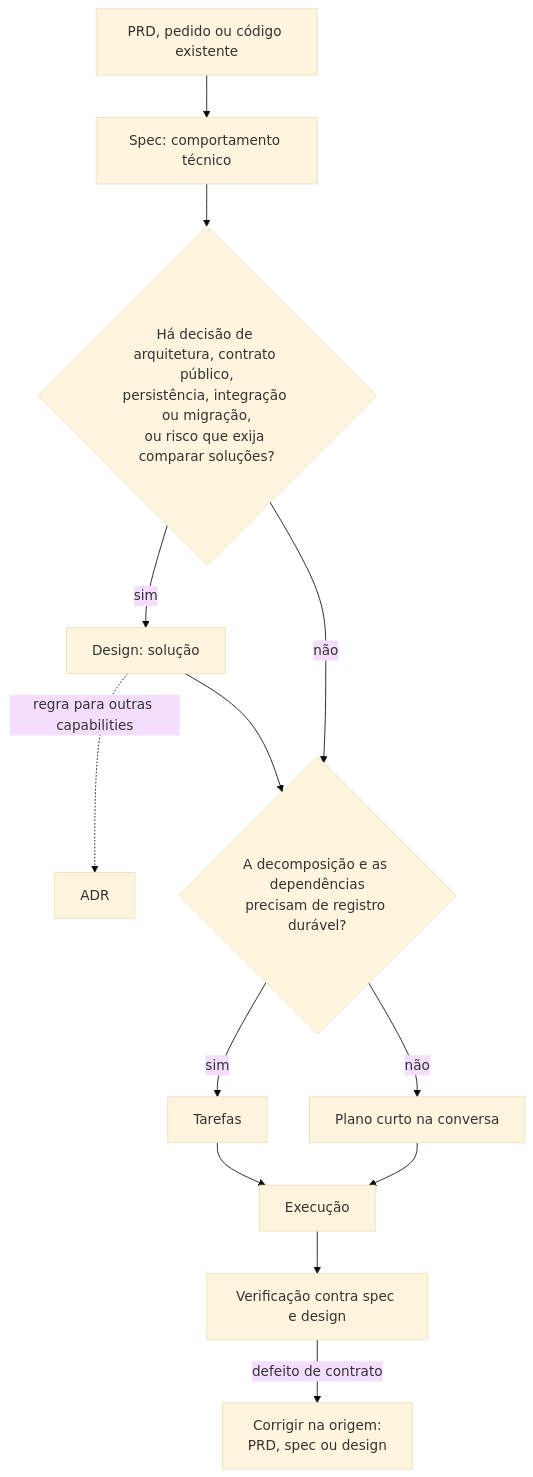
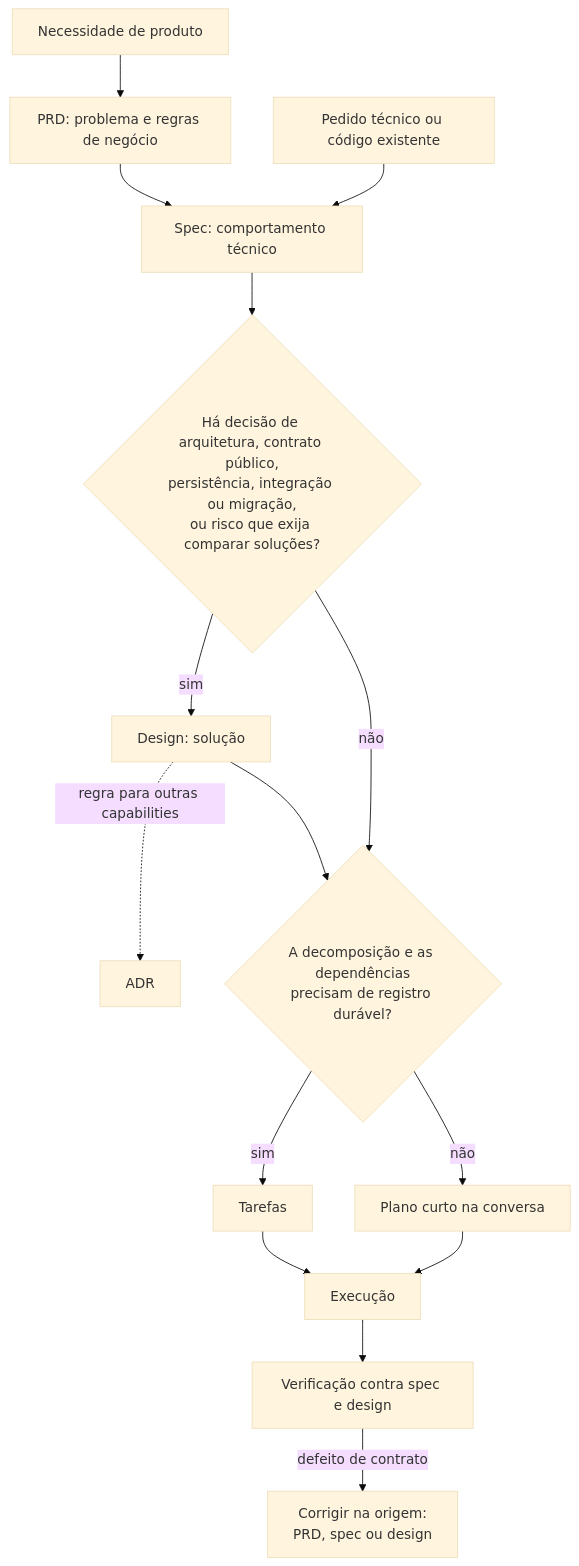
One commit to guilhermesalvi/ai-skills changed the diagram in plugins/ai-skills/skills/sdd/SKILL.md. Above: the diagram before and after it, drawn with Mermaid (base theme). The commit also changed other lines of this file and 17 other files, not shown here.

````diff
--- a/plugins/ai-skills/skills/sdd/SKILL.md
+++ b/plugins/ai-skills/skills/sdd/SKILL.md
@@ -10,15 +10,17 @@
 ```mermaid
 flowchart TD
-    Source[PRD, pedido ou código existente] --> Spec[Spec: comportamento técnico]
+    Need[Necessidade de produto] --> PRD[PRD: problema e regras de negócio]
+    PRD --> Spec[Spec: comportamento técnico]
+    Source[Pedido técnico ou código existente] --> Spec
     Spec --> NeedDesign{Há decisão de arquitetura, contrato público,<br/>persistência, integração ou migração,<br/>ou risco que exija comparar soluções?}
     NeedDesign -- sim --> Design[Design: solução]
     Design -. regra para outras capabilities .-> ADR[ADR]
     Design --> NeedTasks
     NeedDesign -- não --> NeedTasks{A decomposição e as dependências<br/>precisam de registro durável?}
     NeedTasks -- sim --> Tasks[Tarefas]
     NeedTasks -- não --> Plan[Plano curto na conversa]
     Tasks --> Execute[Execução]
     Plan --> Execute
     Execute --> Verify[Verificação contra spec e design]
     Verify -- defeito de contrato --> Fix[Corrigir na origem:<br/>PRD, spec ou design]
 ```
````
